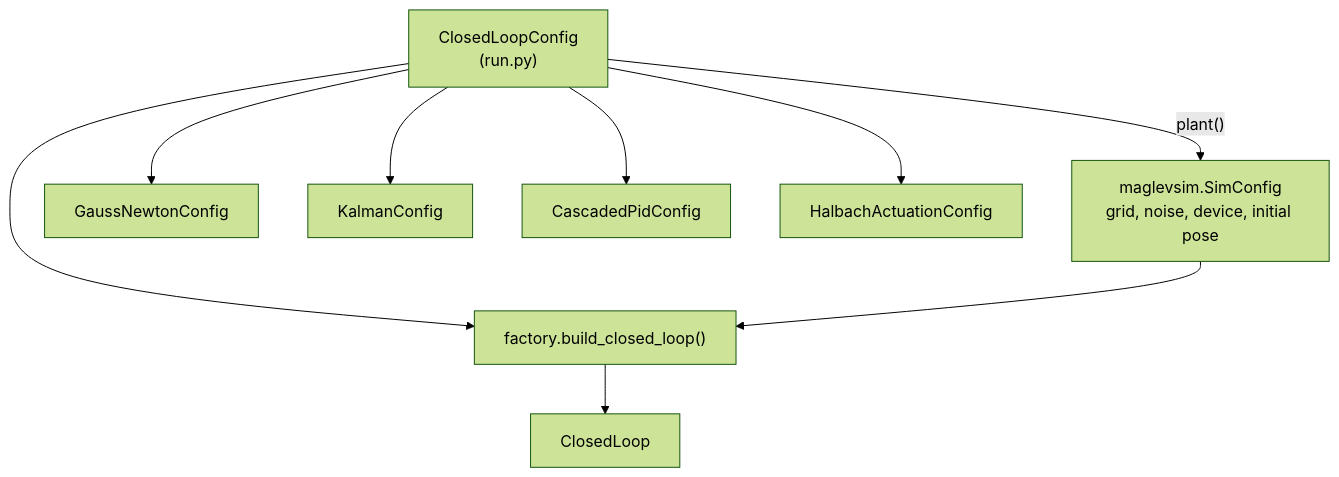
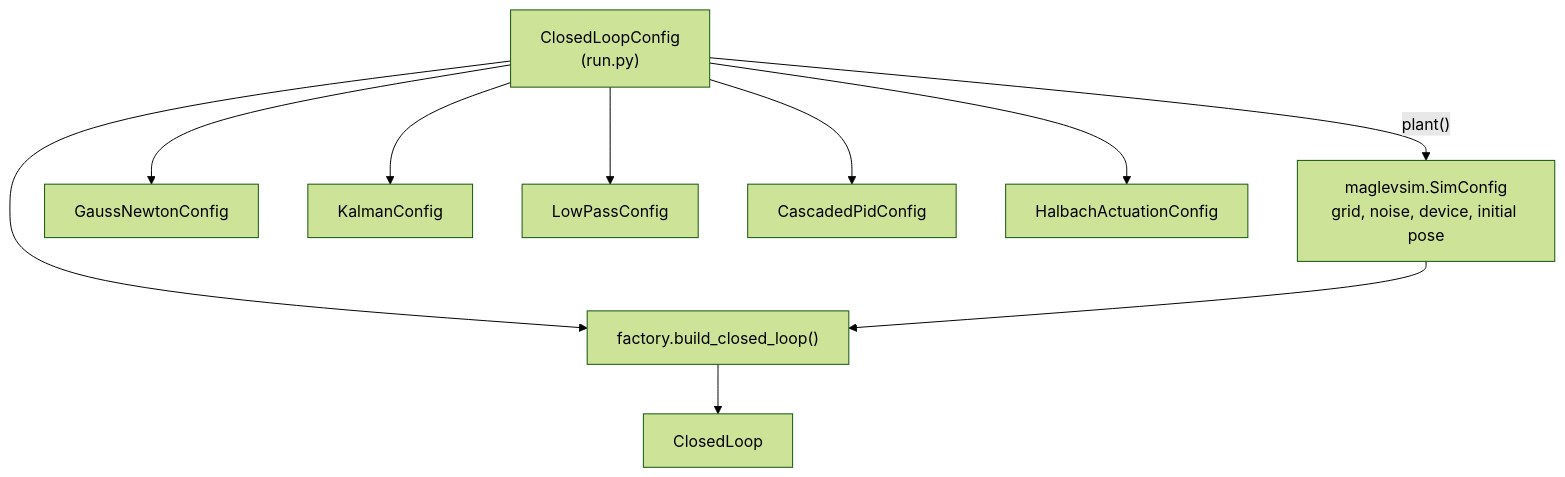
The fourth of 4 diagrams in docs/architecture.md (Verschnupft/MagLevClosedLoop), drawn with Mermaid (forest theme) before and after one commit. The commit also changed other lines of this file and 5 other files, not shown here.

Commit message:
Add low-pass-filtered difference as third motion filter

````diff
--- a/docs/architecture.md
+++ b/docs/architecture.md
@@ -140,13 +142,14 @@
 ```mermaid
 flowchart TD
   CFG["ClosedLoopConfig<br/>(run.py)"]
   CFG -- "plant()" --> PLANT["maglevsim.SimConfig<br/>grid, noise, device, initial pose"]
   CFG --> GN[GaussNewtonConfig]
   CFG --> KF[KalmanConfig]
+  CFG --> LP[LowPassConfig]
   CFG --> PID[CascadedPidConfig]
   CFG --> HAL[HalbachActuationConfig]
   FAC["factory.build_closed_loop()"]
   CFG --> FAC
   PLANT --> FAC
   FAC --> LOOP[ClosedLoop]
 ```
````
